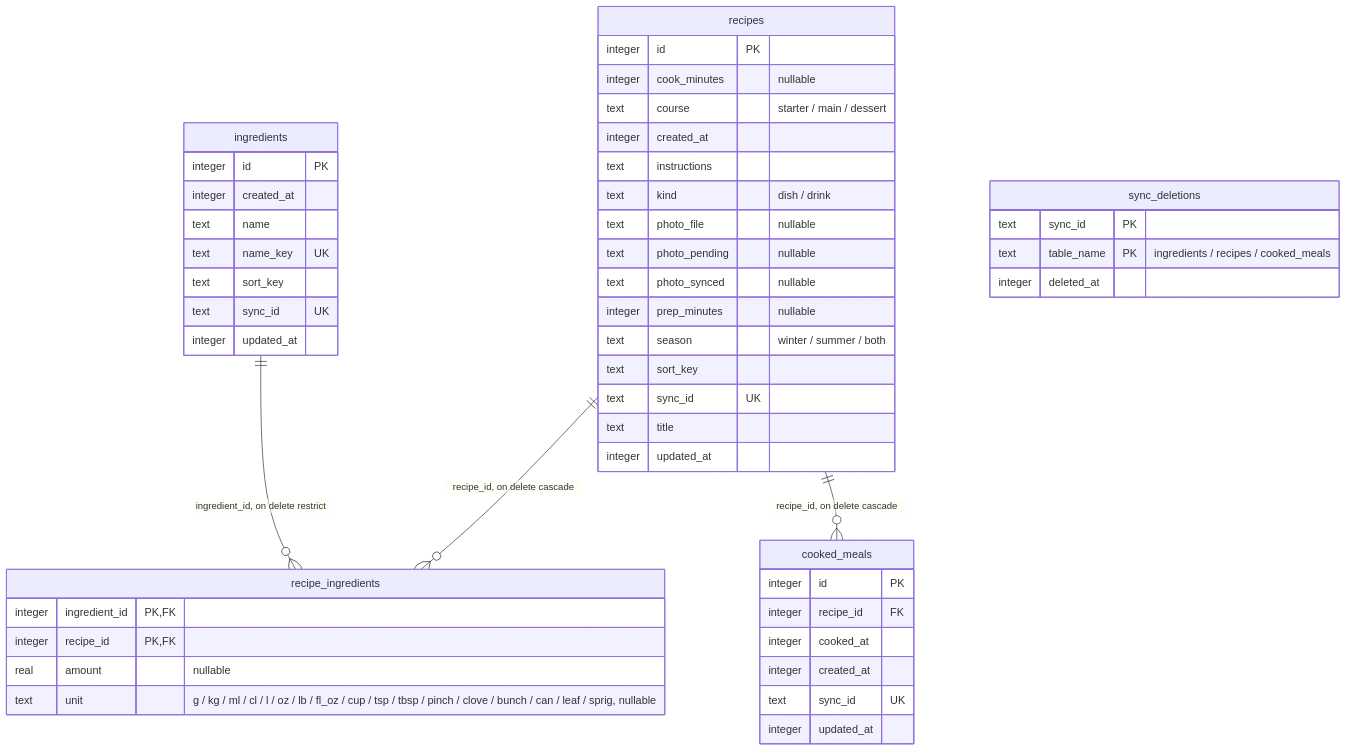
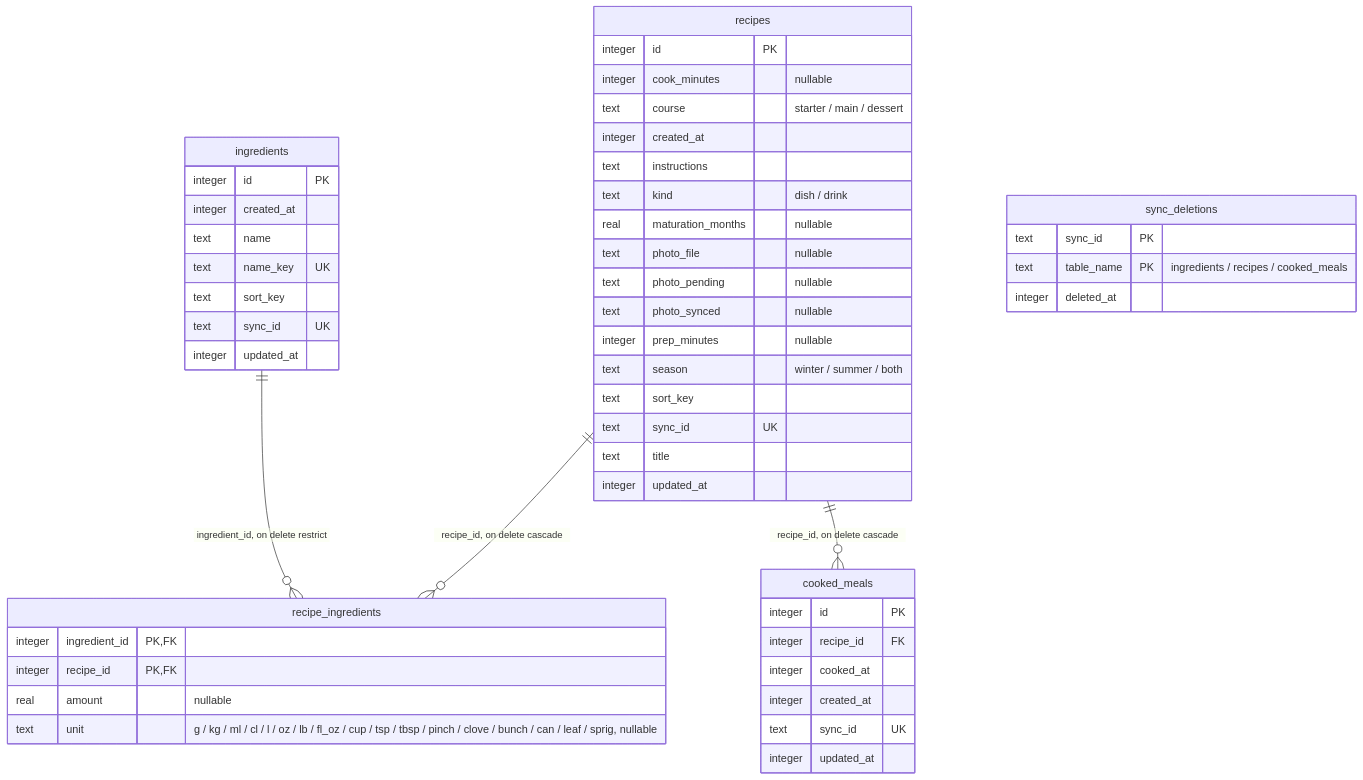
One commit to someoneinthe/dishes-cook changed the diagram in docs/database.md. Above: the diagram before and after it, drawn with Mermaid. The commit also changed 27 other files, not shown here.

First line of the commit message:
feat: a drink can have a maturation time, in months (#111)

````diff
--- a/docs/database.md
+++ b/docs/database.md
@@ -10,51 +10,52 @@
 ```mermaid
 erDiagram
   cooked_meals {
     integer id PK
     integer recipe_id FK
     integer cooked_at
     integer created_at
     text sync_id UK
     integer updated_at
   }
   ingredients {
     integer id PK
     integer created_at
     text name
     text name_key UK
     text sort_key
     text sync_id UK
     integer updated_at
   }
   recipe_ingredients {
     integer ingredient_id PK, FK
     integer recipe_id PK, FK
     real amount "nullable"
     text unit "g / kg / ml / cl / l / oz / lb / fl_oz / cup / tsp / tbsp / pinch / clove / bunch / can / leaf / sprig, nullable"
   }
   recipes {
     integer id PK
     integer cook_minutes "nullable"
     text course "starter / main / dessert"
     integer created_at
     text instructions
     text kind "dish / drink"
+    real maturation_months "nullable"
     text photo_file "nullable"
     text photo_pending "nullable"
     text photo_synced "nullable"
     integer prep_minutes "nullable"
     text season "winter / summer / both"
     text sort_key
     text sync_id UK
     text title
     integer updated_at
   }
   sync_deletions {
     text sync_id PK
     text table_name PK "ingredients / recipes / cooked_meals"
     integer deleted_at
   }
   recipes ||--o{ cooked_meals : "recipe_id, on delete cascade"
   ingredients ||--o{ recipe_ingredients : "ingredient_id, on delete restrict"
   recipes ||--o{ recipe_ingredients : "recipe_id, on delete cascade"
 ```
````
